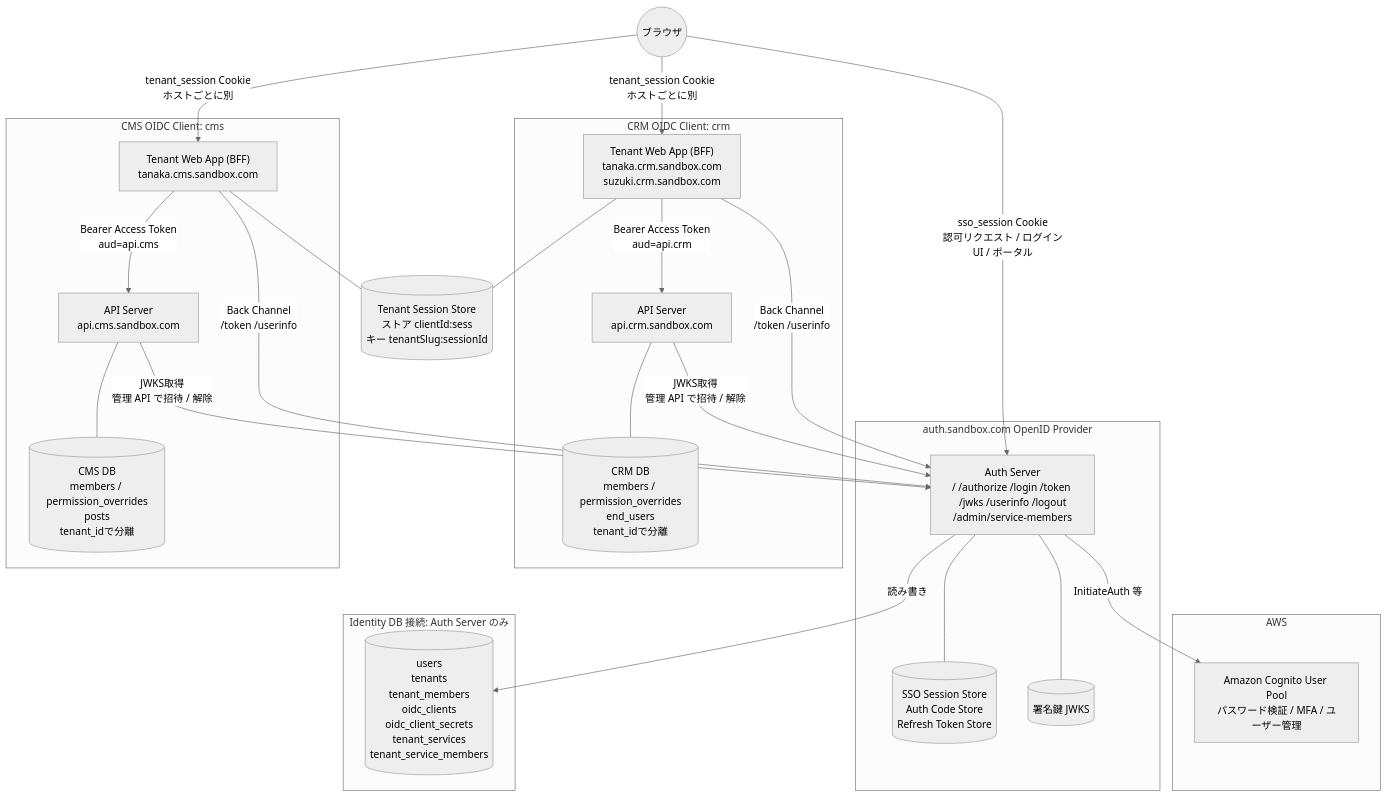
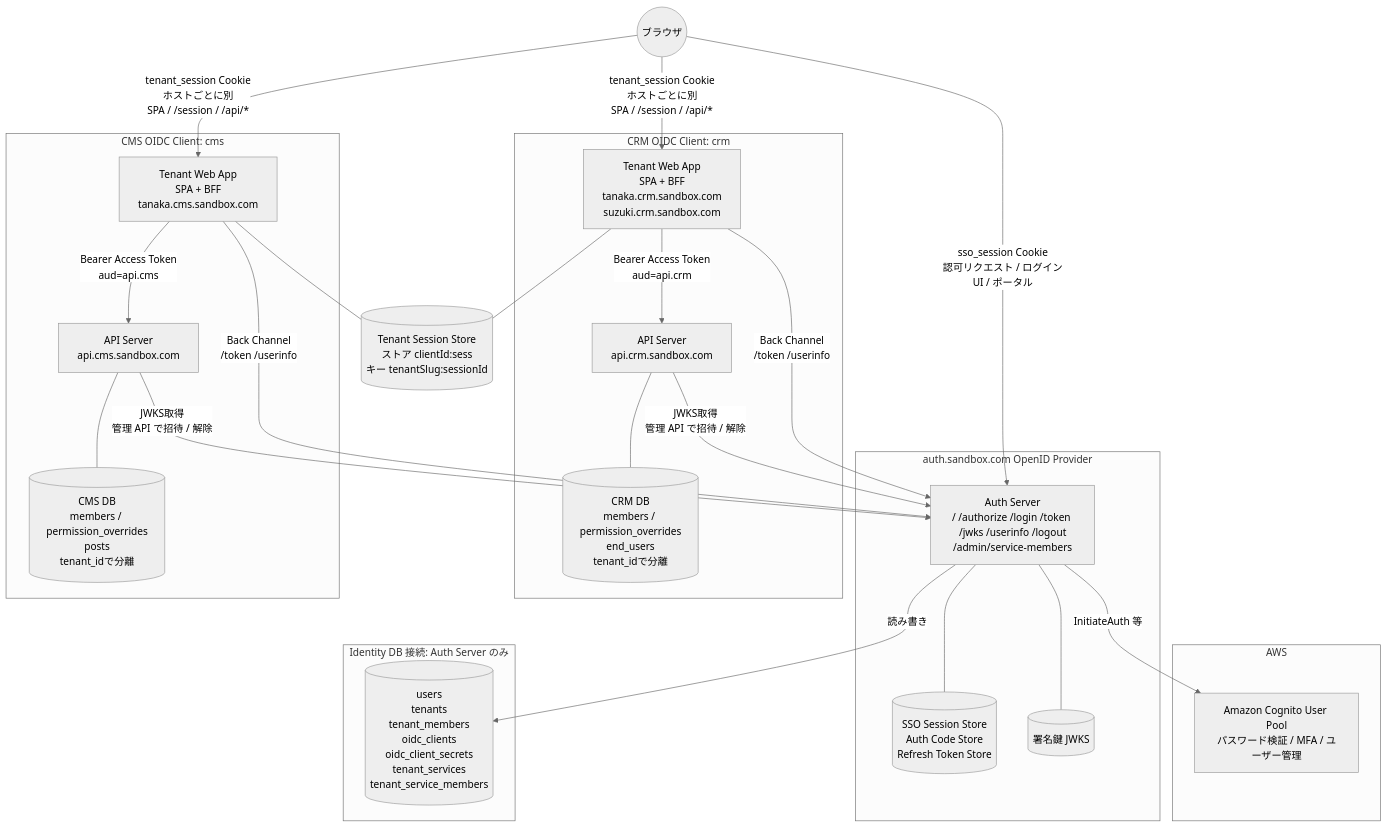
The first of 2 diagrams in docs/design/01-system-architecture.md (daisuke-tanabe/multi-domain-sandbox), drawn with Mermaid (neutral theme) before and after one commit. The commit also changed other lines of this file and 82 other files, not shown here.

First line of the commit message:
feat: crm-web と cms-web を React Router v8 の SPA と薄い BFF にする

````diff
--- a/docs/design/01-system-architecture.md
+++ b/docs/design/01-system-architecture.md
@@ -14,50 +14,50 @@
 ```mermaid
 flowchart TB
     User((ブラウザ))
 
     subgraph AWS
         Cognito["Amazon Cognito User Pool<br/>パスワード検証 / MFA / ユーザー管理"]
     end
 
     subgraph AuthLayer ["auth.sandbox.com  OpenID Provider"]
         Auth["Auth Server<br/>/ /authorize /login /token /jwks /userinfo /logout<br/>/admin/service-members"]
         SsoStore[("SSO Session Store<br/>Auth Code Store<br/>Refresh Token Store")]
         Keys[("署名鍵 JWKS")]
         Auth --- SsoStore
         Auth --- Keys
     end
 
     subgraph Identity ["Identity DB  接続: Auth Server のみ"]
         IdDB[("users<br/>tenants<br/>tenant_members<br/>oidc_clients<br/>oidc_client_secrets<br/>tenant_services<br/>tenant_service_members")]
     end
 
     subgraph Crm ["CRM  OIDC Client: crm"]
-        WebCrm["Tenant Web App (BFF)<br/>tanaka.crm.sandbox.com<br/>suzuki.crm.sandbox.com"]
+        WebCrm["Tenant Web App<br/>SPA + BFF<br/>tanaka.crm.sandbox.com<br/>suzuki.crm.sandbox.com"]
         ApiCrm["API Server<br/>api.crm.sandbox.com"]
         CrmDB[("CRM DB<br/>members / permission_overrides<br/>end_users<br/>tenant_idで分離")]
     end
 
     subgraph Cms ["CMS  OIDC Client: cms"]
-        WebCms["Tenant Web App (BFF)<br/>tanaka.cms.sandbox.com"]
+        WebCms["Tenant Web App<br/>SPA + BFF<br/>tanaka.cms.sandbox.com"]
         ApiCms["API Server<br/>api.cms.sandbox.com"]
         CmsDB[("CMS DB<br/>members / permission_overrides<br/>posts<br/>tenant_idで分離")]
     end
 
     Sess[("Tenant Session Store<br/>ストア clientId:sess<br/>キー tenantSlug:sessionId")]
 
-    User -- "tenant_session Cookie<br/>ホストごとに別" --> WebCrm
-    User -- "tenant_session Cookie<br/>ホストごとに別" --> WebCms
+    User -- "tenant_session Cookie<br/>ホストごとに別<br/>SPA / /session / /api/*" --> WebCrm
+    User -- "tenant_session Cookie<br/>ホストごとに別<br/>SPA / /session / /api/*" --> WebCms
     User -- "sso_session Cookie<br/>認可リクエスト / ログインUI / ポータル" --> Auth
     Auth -- "InitiateAuth 等" --> Cognito
     Auth -- "読み書き" --> IdDB
     WebCrm -- "Back Channel<br/>/token /userinfo" --> Auth
     WebCms -- "Back Channel<br/>/token /userinfo" --> Auth
     WebCrm --- Sess
     WebCms --- Sess
     WebCrm -- "Bearer Access Token<br/>aud=api.crm" --> ApiCrm
     WebCms -- "Bearer Access Token<br/>aud=api.cms" --> ApiCms
     ApiCrm --- CrmDB
     ApiCms --- CmsDB
     ApiCrm -- "JWKS取得<br/>管理 API で招待 / 解除" --> Auth
     ApiCms -- "JWKS取得<br/>管理 API で招待 / 解除" --> Auth
 ```
````
